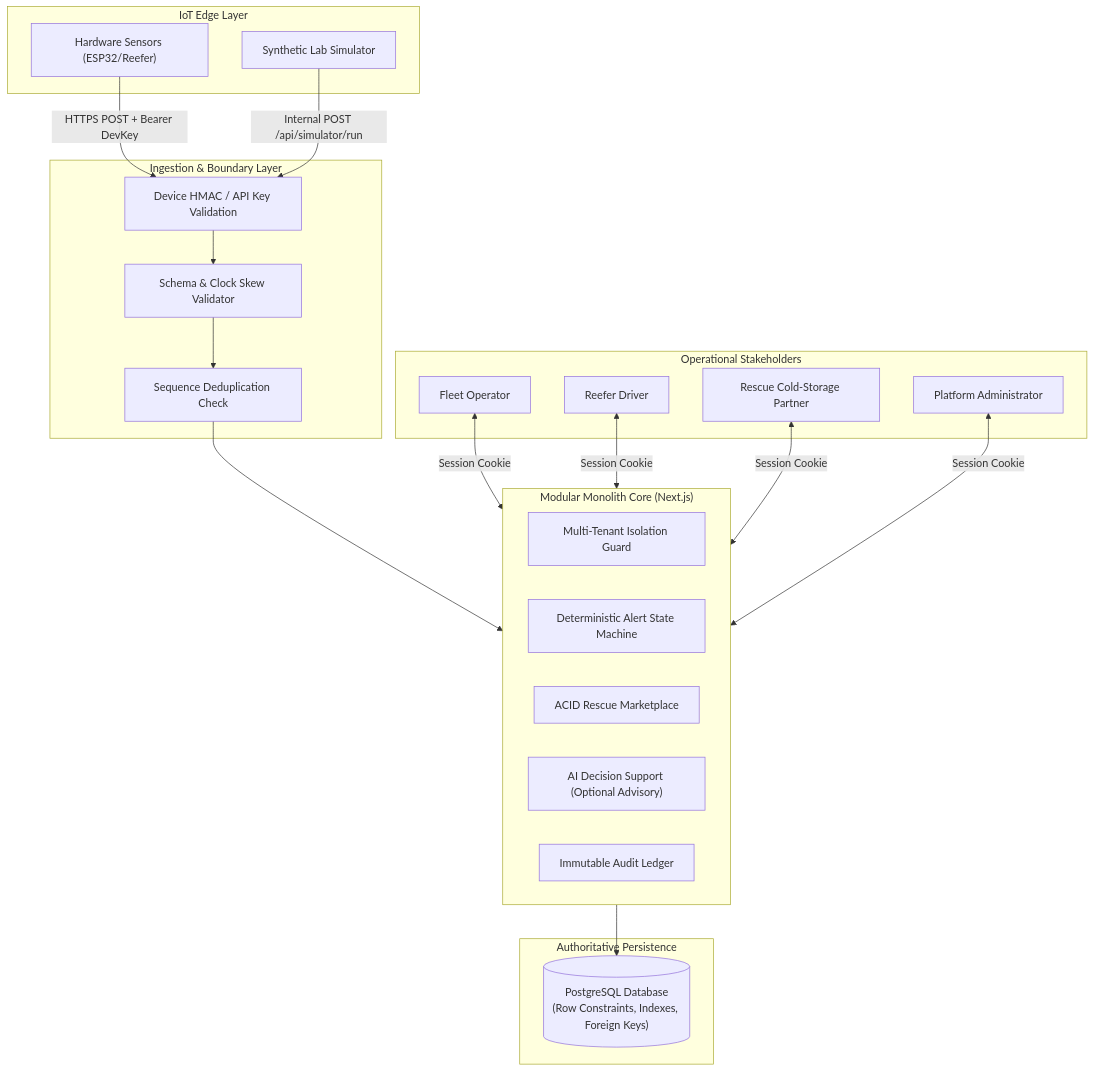
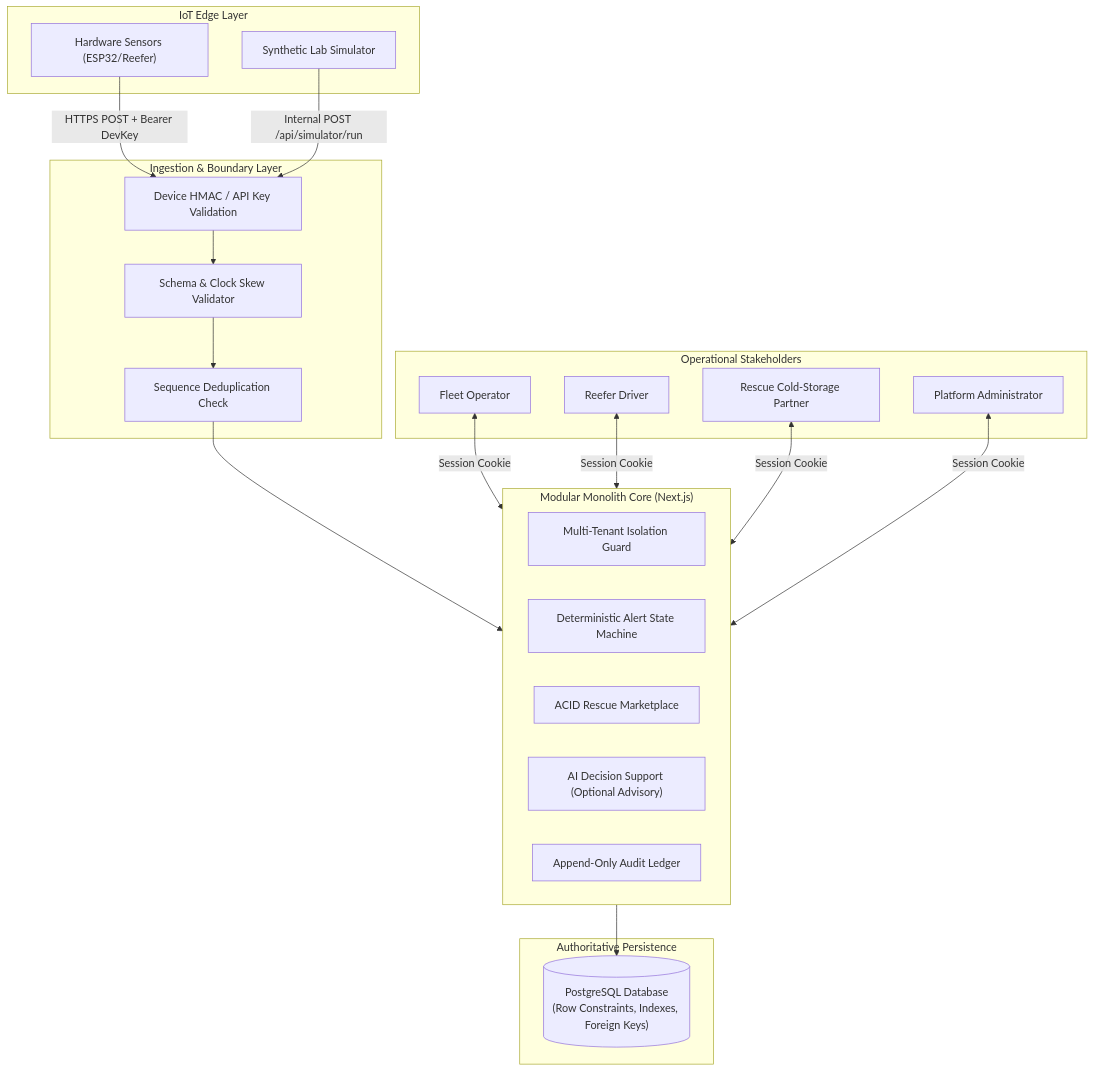
The first of 3 diagrams in ARCHITECTURE.md (Kenkei69/Annapurna-Rebuilt), drawn with Mermaid before and after one commit. The commit also changed other lines of this file and 13 other files, not shown here.

````diff
--- a/ARCHITECTURE.md
+++ b/ARCHITECTURE.md
@@ -6,44 +6,44 @@
 ```mermaid
 flowchart TD
     subgraph Edge["IoT Edge Layer"]
         Hardware["Hardware Sensors (ESP32/Reefer)"]
         Simulator["Synthetic Lab Simulator"]
     end
 
     subgraph Ingestion["Ingestion & Boundary Layer"]
         AuthFilter["Device HMAC / API Key Validation"]
         ZodValidator["Schema & Clock Skew Validator"]
         Dedup["Sequence Deduplication Check"]
     end
 
     subgraph Core["Modular Monolith Core (Next.js)"]
         OrgBoundary["Multi-Tenant Isolation Guard"]
         AlertEngine["Deterministic Alert State Machine"]
         RescueEngine["ACID Rescue Marketplace"]
         AIEngine["AI Decision Support (Optional Advisory)"]
-        AuditLedger["Immutable Audit Ledger"]
+        AuditLedger["Append-Only Audit Ledger"]
     end
 
     subgraph Storage["Authoritative Persistence"]
         PG[("PostgreSQL Database\n(Row Constraints, Indexes, Foreign Keys)")]
     end
 
     subgraph Users["Operational Stakeholders"]
         Operator["Fleet Operator"]
         Driver["Reefer Driver"]
         Partner["Rescue Cold-Storage Partner"]
         Admin["Platform Administrator"]
     end
 
     Hardware -->|HTTPS POST + Bearer DevKey| AuthFilter
     Simulator -->|Internal POST /api/simulator/run| AuthFilter
     AuthFilter --> ZodValidator
     ZodValidator --> Dedup
     Dedup --> Core
     Core --> PG
 
     Operator <-->|Session Cookie| Core
     Driver <-->|Session Cookie| Core
     Partner <-->|Session Cookie| Core
     Admin <-->|Session Cookie| Core
 ```
````
